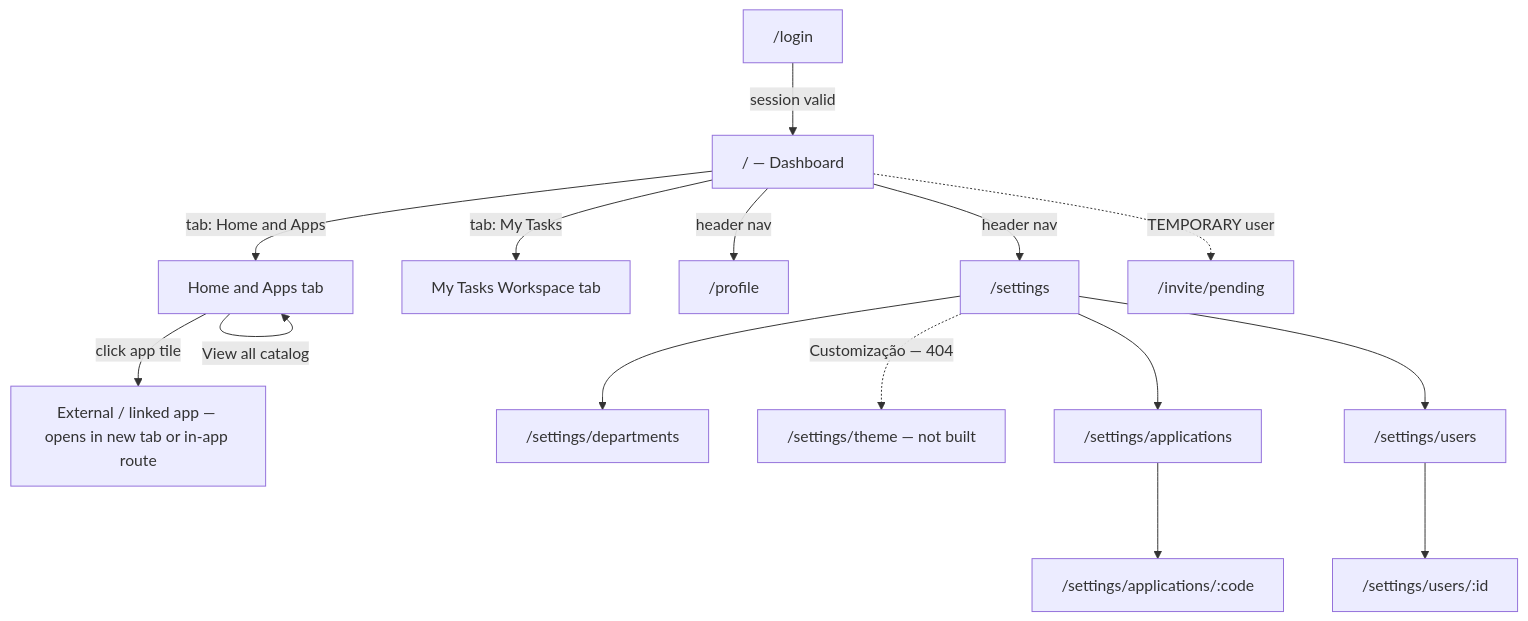
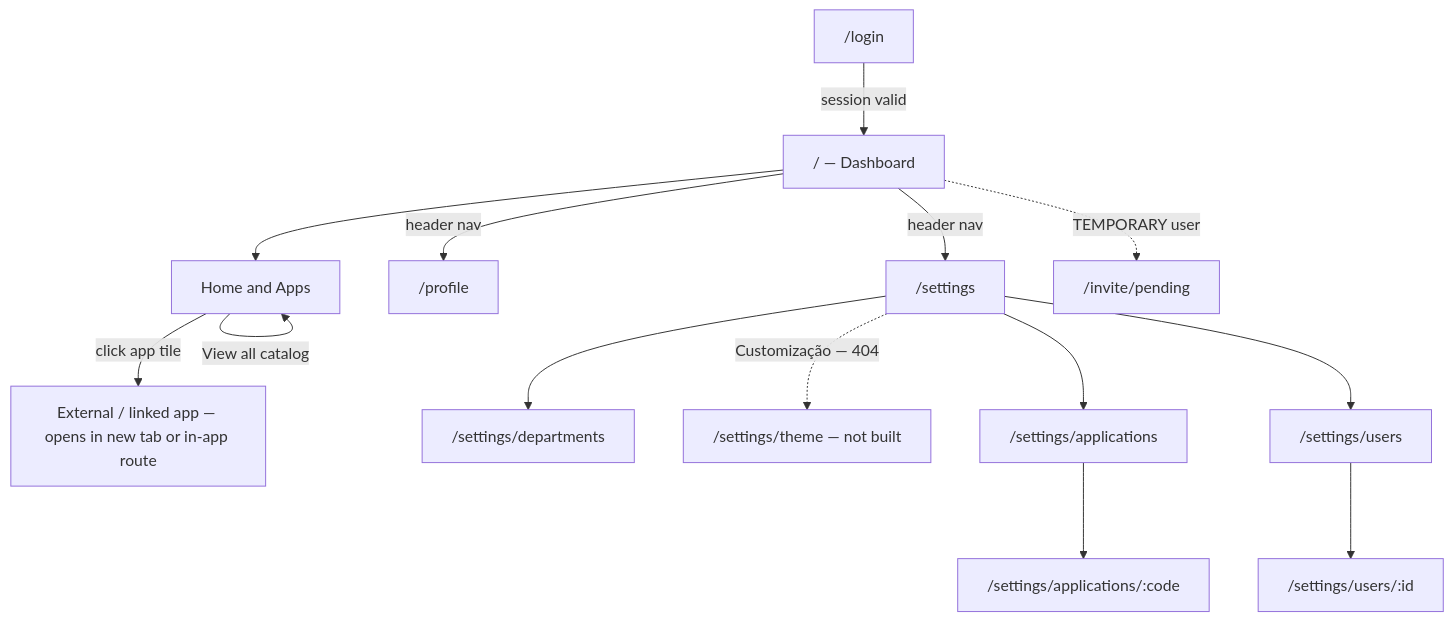
The diagram in docs/HOME_FLOW.md (NOSiCode-CV/igrp-application-center), drawn with Mermaid before and after one commit. The commit also changed other lines of this file and 37 other files, not shown here.

First line of the commit message:
refactor: remove dead user UI, the mock Tasks tab and unused upload paths

````diff
--- a/docs/HOME_FLOW.md
+++ b/docs/HOME_FLOW.md
@@ -40,23 +36,22 @@
 ```mermaid
 flowchart TD
     Login["/login"] -->|session valid| Home["/ — Dashboard"]
 
-    Home -->|"tab: Home and Apps"| HomeApps["Home and Apps tab"]
-    Home -->|"tab: My Tasks"| Tasks["My Tasks Workspace tab"]
+    Home --> HomeApps["Home and Apps"]
 
     HomeApps -->|"click app tile"| ExternalApp["External / linked app — opens in new tab or in-app route"]
     HomeApps -->|"View all catalog"| HomeApps
 
     Home -->|"header nav"| Profile["/profile"]
     Home -->|"header nav"| SettingsHub["/settings"]
 
     SettingsHub --> AppsList["/settings/applications"]
     SettingsHub --> UsersList["/settings/users"]
     SettingsHub --> DeptTree["/settings/departments"]
     SettingsHub -.->|"Customização — 404"| ThemeMissing["/settings/theme — not built"]
 
     AppsList --> AppDetail["/settings/applications/:code"]
     UsersList --> UserDetail["/settings/users/:id"]
 
     Home -.->|"TEMPORARY user"| Pending["/invite/pending"]
 ```
````
